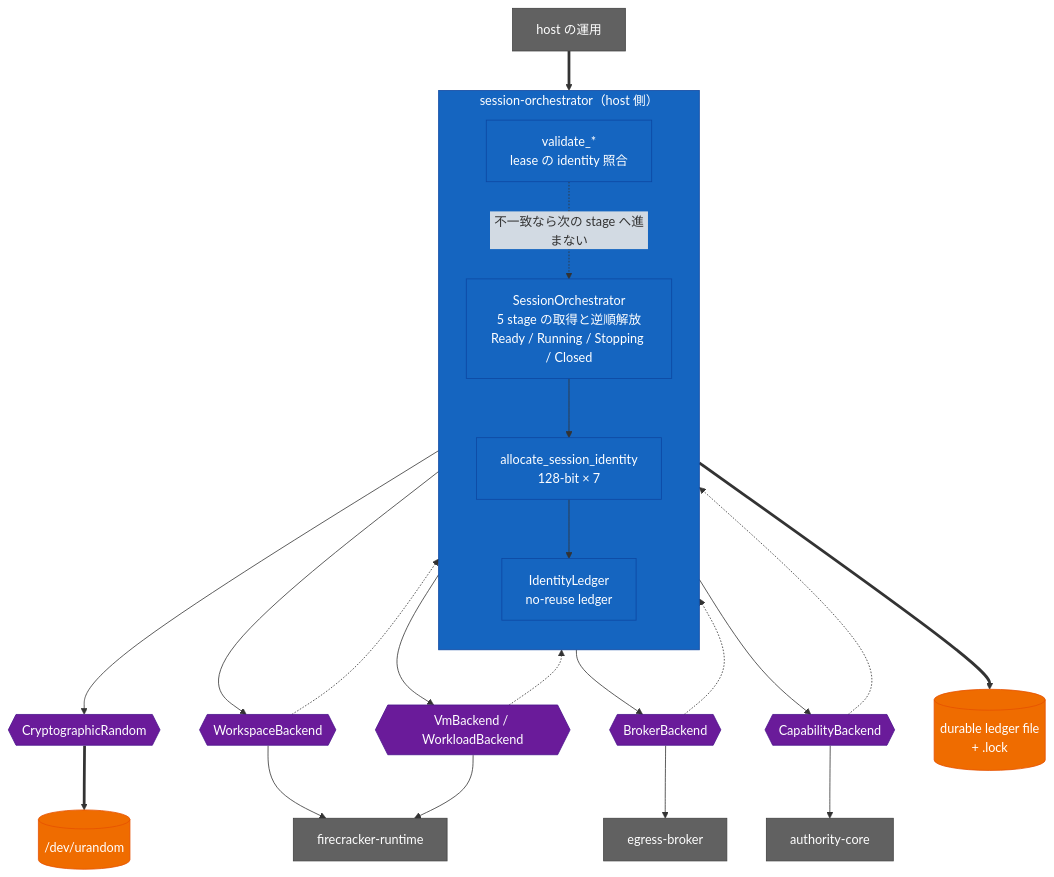
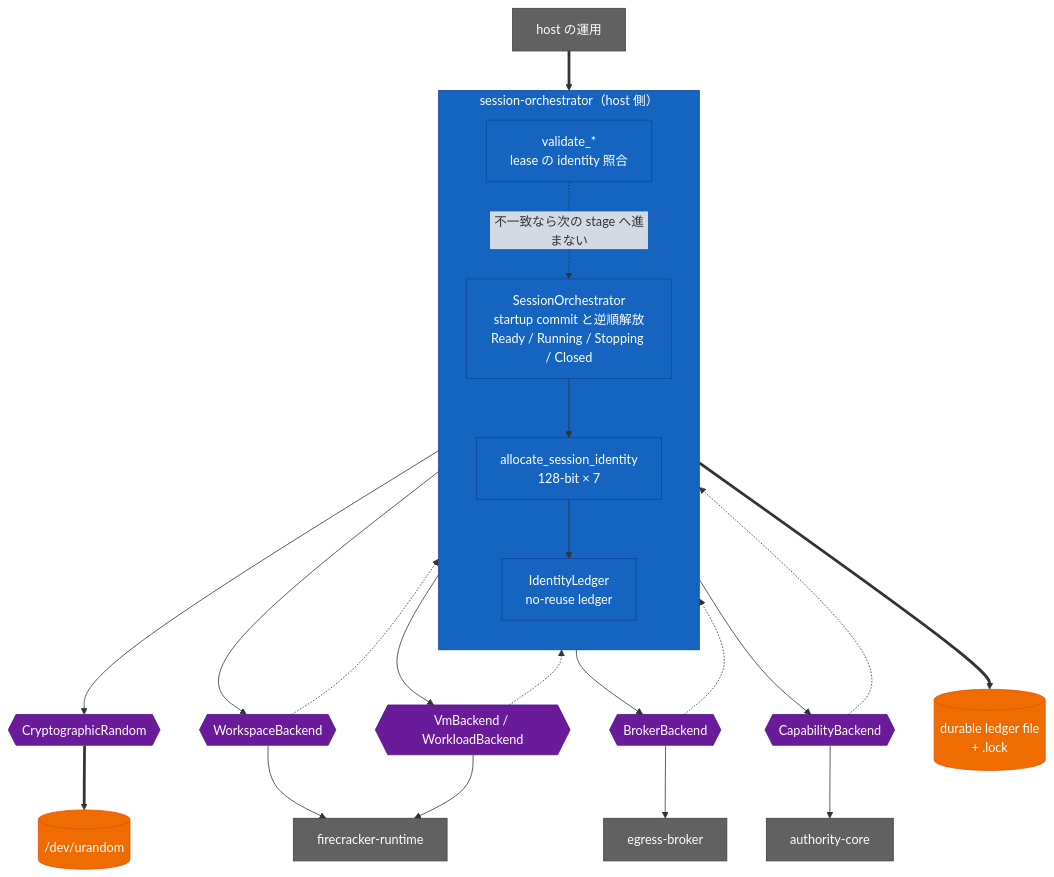
Before and after one commit to Aqua-218/SecCamp-AIAgent: the diagram in docs/session-orchestrator/README.md, drawn with Mermaid. The commit also changed other lines of this file, not shown here.

Commit message:
docs(session-orchestrator): index the three new pages

````diff
--- a/docs/session-orchestrator/README.md
+++ b/docs/session-orchestrator/README.md
@@ -13,53 +13,53 @@
 ```mermaid
 flowchart TB
     host["host の運用"]
 
     subgraph so["session-orchestrator（host 側）"]
         direction TB
-        sm["SessionOrchestrator<br/>5 stage の取得と逆順解放<br/>Ready / Running / Stopping / Closed"]
+        sm["SessionOrchestrator<br/>startup commit と逆順解放<br/>Ready / Running / Stopping / Closed"]
         ident["allocate_session_identity<br/>128-bit × 7"]
         ledger["IdentityLedger<br/>no-reuse ledger"]
         val["validate_*<br/>lease の identity 照合"]
     end
 
     wsb{{"WorkspaceBackend"}}
     brb{{"BrokerBackend"}}
     vmb{{"VmBackend / WorkloadBackend"}}
     capb{{"CapabilityBackend"}}
     rnd{{"CryptographicRandom"}}
 
     fr["firecracker-runtime"]
     eb["egress-broker"]
     ac["authority-core"]
     file[("durable ledger file<br/>+ .lock")]
     urandom[("/dev/urandom")]
 
     host ==> sm
     sm --> ident
     ident --> rnd
     ident --> ledger
     ledger ==> file
     rnd ==> urandom
     sm --> wsb
     sm --> brb
     sm --> vmb
     sm --> capb
     wsb --> fr
     vmb --> fr
     brb --> eb
     capb --> ac
     wsb -.-> val
     brb -.-> val
     vmb -.-> val
     capb -.-> val
     val -.->|"不一致なら次の stage へ進まない"| sm
 
     classDef host fill:#1565c0,color:#fff,stroke:#0d47a1;
     classDef seam fill:#6a1b9a,color:#fff,stroke:#4a148c;
     classDef data fill:#ef6c00,color:#fff,stroke:#e65100;
     classDef external fill:#616161,color:#fff,stroke:#424242;
     class so,sm,ident,ledger,val host;
     class wsb,brb,vmb,capb,rnd seam;
     class fr,eb,ac,host external;
     class file,urandom data;
 ```
````
